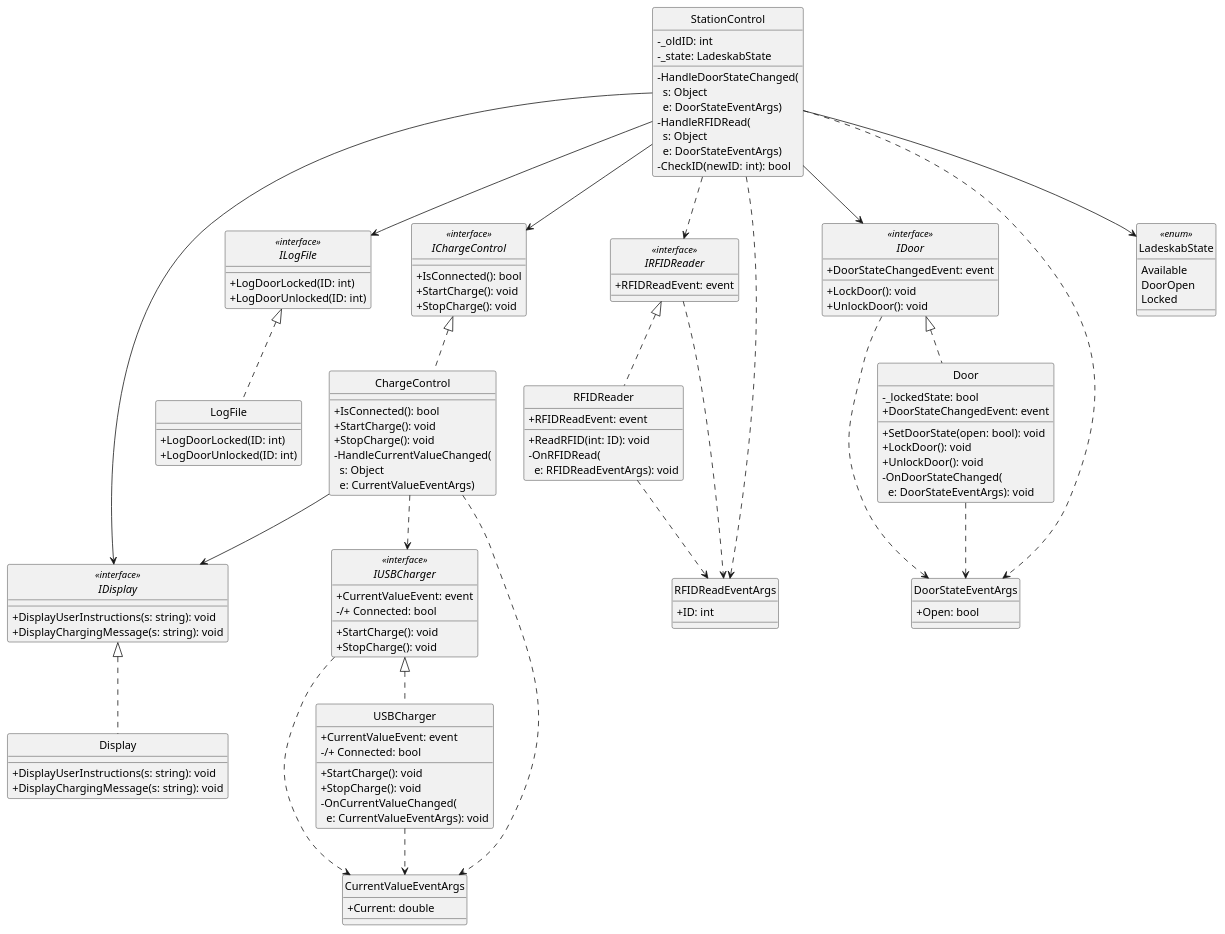
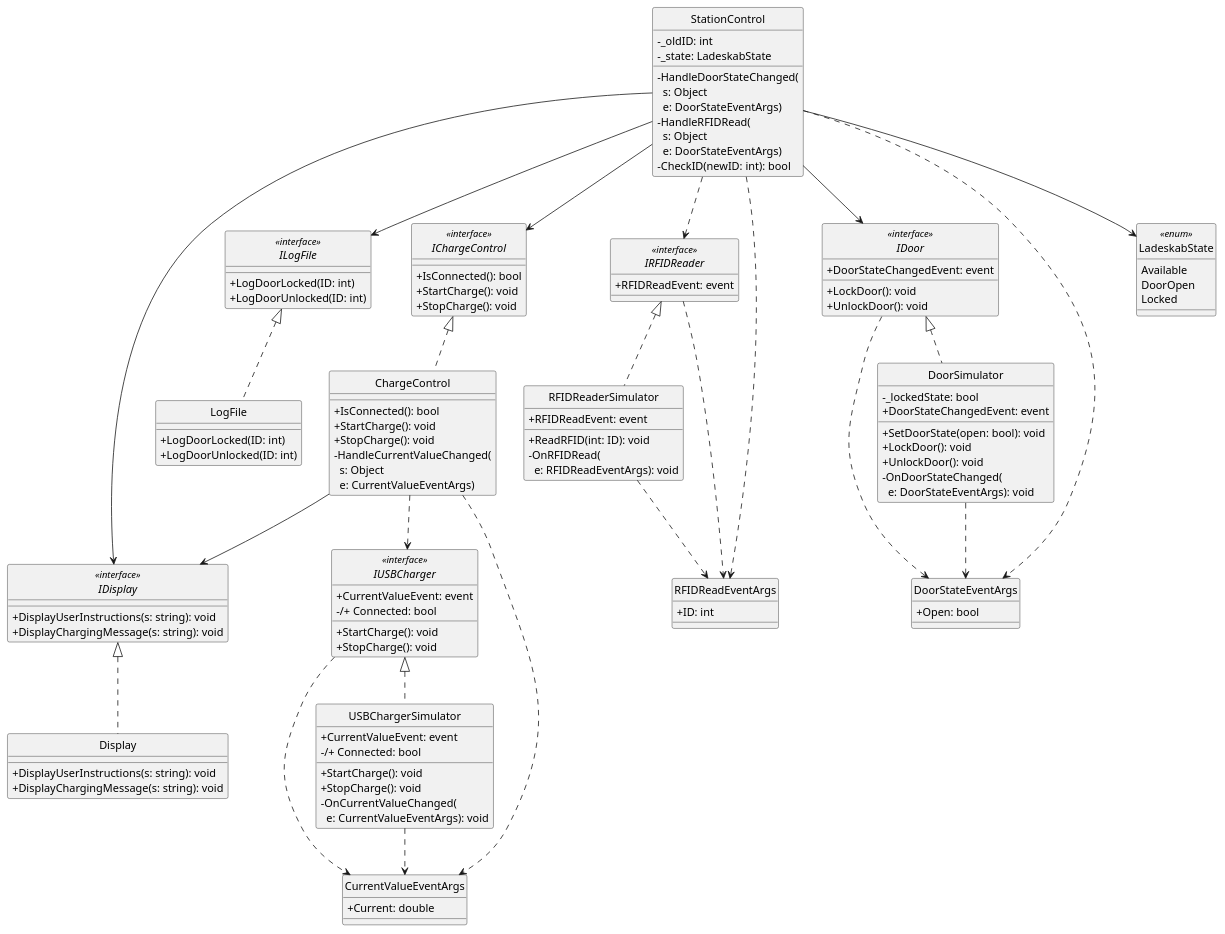
The diagram in UML/ClassDiagram.puml (Yoda92/Aflevering2), drawn with PlantUML before and after one commit.

Commit message:
Changed UML names of classes to simulator where appropriate

```diff
--- a/UML/ClassDiagram.puml
+++ b/UML/ClassDiagram.puml
@@ -1,129 +1,129 @@
 @startuml
 hide circle
 skinparam classAttributeIconSize 0
 
 interface IDoor <<interface>> {
     + DoorStateChangedEvent: event
     + LockDoor(): void
     + UnlockDoor(): void
 }
 
-class Door {
+class DoorSimulator {
     - _lockedState: bool
     + DoorStateChangedEvent: event
     + SetDoorState(open: bool): void
     + LockDoor(): void
     + UnlockDoor(): void
     - OnDoorStateChanged(\n  e: DoorStateEventArgs): void
 }
 
 class DoorStateEventArgs {
     + Open: bool
 }
 
 interface IRFIDReader <<interface>>{
     + RFIDReadEvent: event
 }
 
-class RFIDReader {
+class RFIDReaderSimulator {
     + RFIDReadEvent: event
     + ReadRFID(int: ID): void
     - OnRFIDRead(\n  e: RFIDReadEventArgs): void
 }
 
 class RFIDReadEventArgs {
     + ID: int
 }
 
 class StationControl {
     - _oldID: int
     - _state: LadeskabState
     - HandleDoorStateChanged(\n  s: Object\n  e: DoorStateEventArgs)
     - HandleRFIDRead(\n  s: Object\n  e: DoorStateEventArgs)
     - CheckID(newID: int): bool
 }
 
 enum LadeskabState <<enum>>{
     Available
     DoorOpen
     Locked
 }
 
 interface IUSBCharger <<interface>>{
     + CurrentValueEvent: event
     + StartCharge(): void
     + StopCharge(): void
     -/+ Connected: bool
 }
 
 class CurrentValueEventArgs {
     + Current: double
 }
 
 
-class USBCharger {
+class USBChargerSimulator {
     + CurrentValueEvent: event
     + StartCharge(): void
     + StopCharge(): void
     - OnCurrentValueChanged(\n  e: CurrentValueEventArgs): void
     -/+ Connected: bool
 }
 
 interface IChargeControl <<interface>>{
     + IsConnected(): bool
     + StartCharge(): void
     + StopCharge(): void
 }
 
 class ChargeControl {
     + IsConnected(): bool
     + StartCharge(): void
     + StopCharge(): void
     - HandleCurrentValueChanged(\n  s: Object\n  e: CurrentValueEventArgs)
 }
 
 interface IDisplay <<interface>>{
     + DisplayUserInstructions(s: string): void
     + DisplayChargingMessage(s: string): void
 }
 
 class Display {
     + DisplayUserInstructions(s: string): void
     + DisplayChargingMessage(s: string): void
 }
 
 interface ILogFile <<interface>>{
     + LogDoorLocked(ID: int)
     + LogDoorUnlocked(ID: int)
 }
 
 class LogFile {
     + LogDoorLocked(ID: int)
     + LogDoorUnlocked(ID: int)
 }
 
 
-Door .up.|> IDoor
+DoorSimulator .up.|> IDoor
 StationControl --> IDoor
-RFIDReader .up.|> IRFIDReader
-RFIDReader ..> RFIDReadEventArgs
+RFIDReaderSimulator .up.|> IRFIDReader
+RFIDReaderSimulator ..> RFIDReadEventArgs
 IRFIDReader ..> RFIDReadEventArgs
 StationControl ..> IRFIDReader
-USBCharger .up.|> IUSBCharger
-USBCharger ..> CurrentValueEventArgs
+USBChargerSimulator .up.|> IUSBCharger
+USBChargerSimulator ..> CurrentValueEventArgs
 IUSBCharger ..> CurrentValueEventArgs
 ChargeControl ..> IUSBCharger
 StationControl --> IChargeControl
 ChargeControl .up.|> IChargeControl
 LogFile .up.|> ILogFile
 StationControl --> ILogFile
 Display .up.|> IDisplay
 StationControl --> IDisplay
 ChargeControl --> IDisplay 
 StationControl --> LadeskabState
 StationControl ..> RFIDReadEventArgs
 StationControl ..> DoorStateEventArgs
 IDoor ..> DoorStateEventArgs
-Door ..> DoorStateEventArgs
+DoorSimulator ..> DoorStateEventArgs
 ChargeControl ..> CurrentValueEventArgs
 @enduml
```
